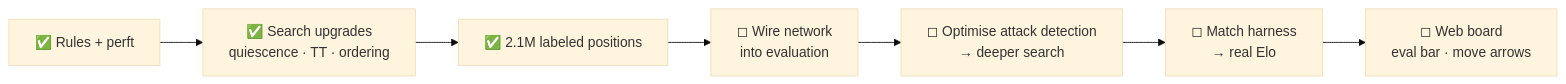
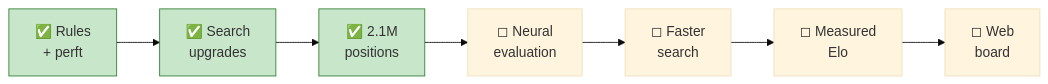
Before and after one commit to quannguyencoder/QiSheng-Xiangqi-Engine-v1: the sixth of 6 diagrams in README.md, drawn with Mermaid (base theme). The commit also changed other lines of this file, not shown here.

First line of the commit message:
README: showcase rewrite — diagram-led, less project documentation

````diff
--- a/README.md
+++ b/README.md
@@ -141,9 +118,8 @@
 ```mermaid
 flowchart LR
-    A["✅ Rules + perft"] --> B["✅ Search upgrades<br/>quiescence · TT · ordering"]
-    B --> C["✅ 2.1M labeled positions"]
-    C --> D["◻ Wire network<br/>into evaluation"]
-    D --> E["◻ Optimise attack detection<br/>→ deeper search"]
-    E --> F["◻ Match harness<br/>→ real Elo"]
-    F --> G["◻ Web board<br/>eval bar · move arrows"]
+    A["✅ Rules<br/>+ perft"] --> B["✅ Search<br/>upgrades"] --> C["✅ 2.1M<br/>positions"]
+    C --> D["◻ Neural<br/>evaluation"] --> E["◻ Faster<br/>search"] --> F["◻ Measured<br/>Elo"] --> G["◻ Web<br/>board"]
+    style A fill:#c8e6c9,stroke:#2e7d32
+    style B fill:#c8e6c9,stroke:#2e7d32
+    style C fill:#c8e6c9,stroke:#2e7d32
 ```
````
